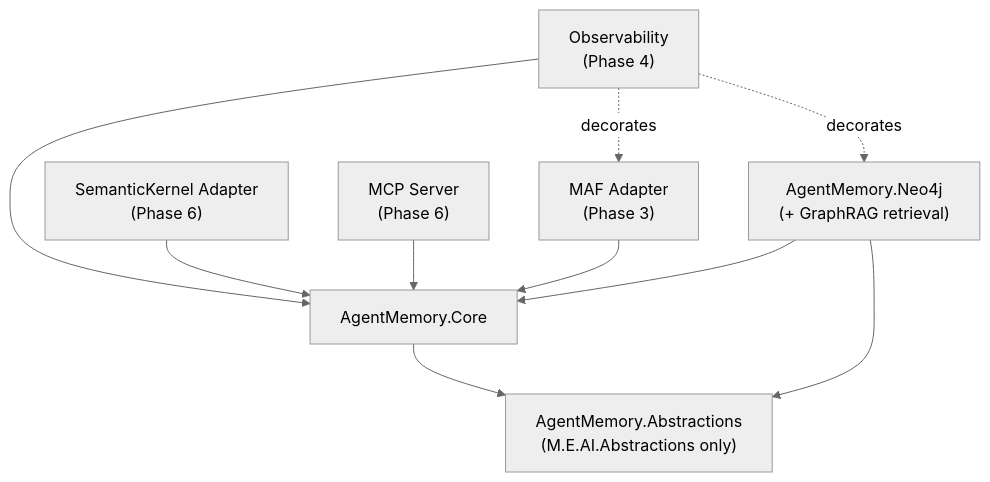
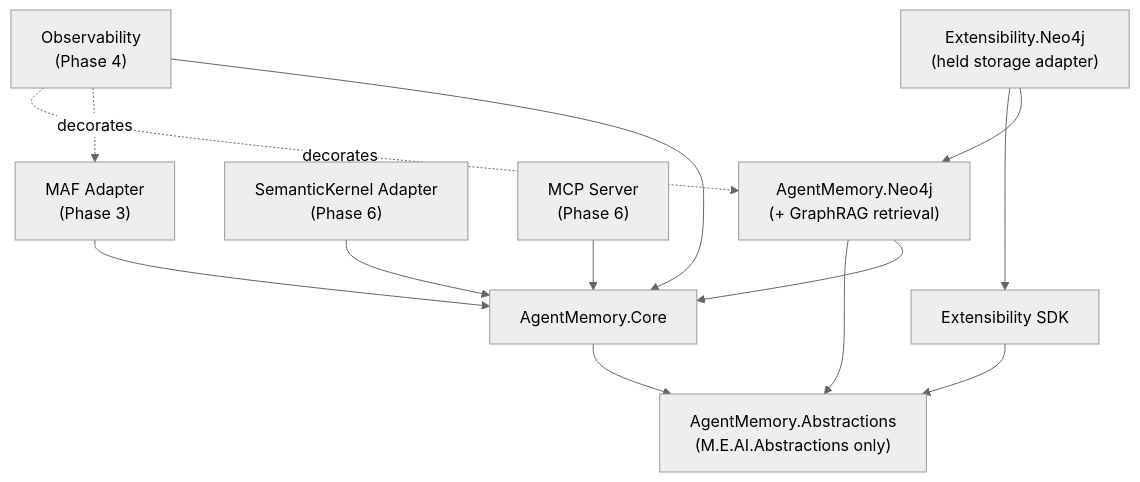
One commit to joslat/agent-memory-dotnet changed the first of 2 diagrams in docs/architecture.md. Above: the diagram before and after it, drawn with Mermaid (neutral theme). The commit also changed other lines of this file and 15 other files, not shown here.

````diff
--- a/docs/architecture.md
+++ b/docs/architecture.md
@@ -220,13 +227,16 @@
 ```mermaid
 graph TD
     MAF["MAF Adapter<br/>(Phase 3)"] --> Core
     SK["SemanticKernel Adapter<br/>(Phase 6)"] --> Core
     OBS["Observability<br/>(Phase 4)"] --> Core
     MCP["MCP Server<br/>(Phase 6)"] --> Core
     Neo4j["AgentMemory.Neo4j<br/>(+ GraphRAG retrieval)"] --> Core
     Neo4j --> Abs
+    ModuleStore["Extensibility.Neo4j<br/>(held storage adapter)"] --> Neo4j
+    ModuleStore --> ModuleSdk["Extensibility SDK"]
+    ModuleSdk --> Abs
     Core["AgentMemory.Core"] --> Abs
     Abs["AgentMemory.Abstractions<br/>(M.E.AI.Abstractions only)"]
     OBS -. decorates .-> MAF
     OBS -. decorates .-> Neo4j
 ```
````
